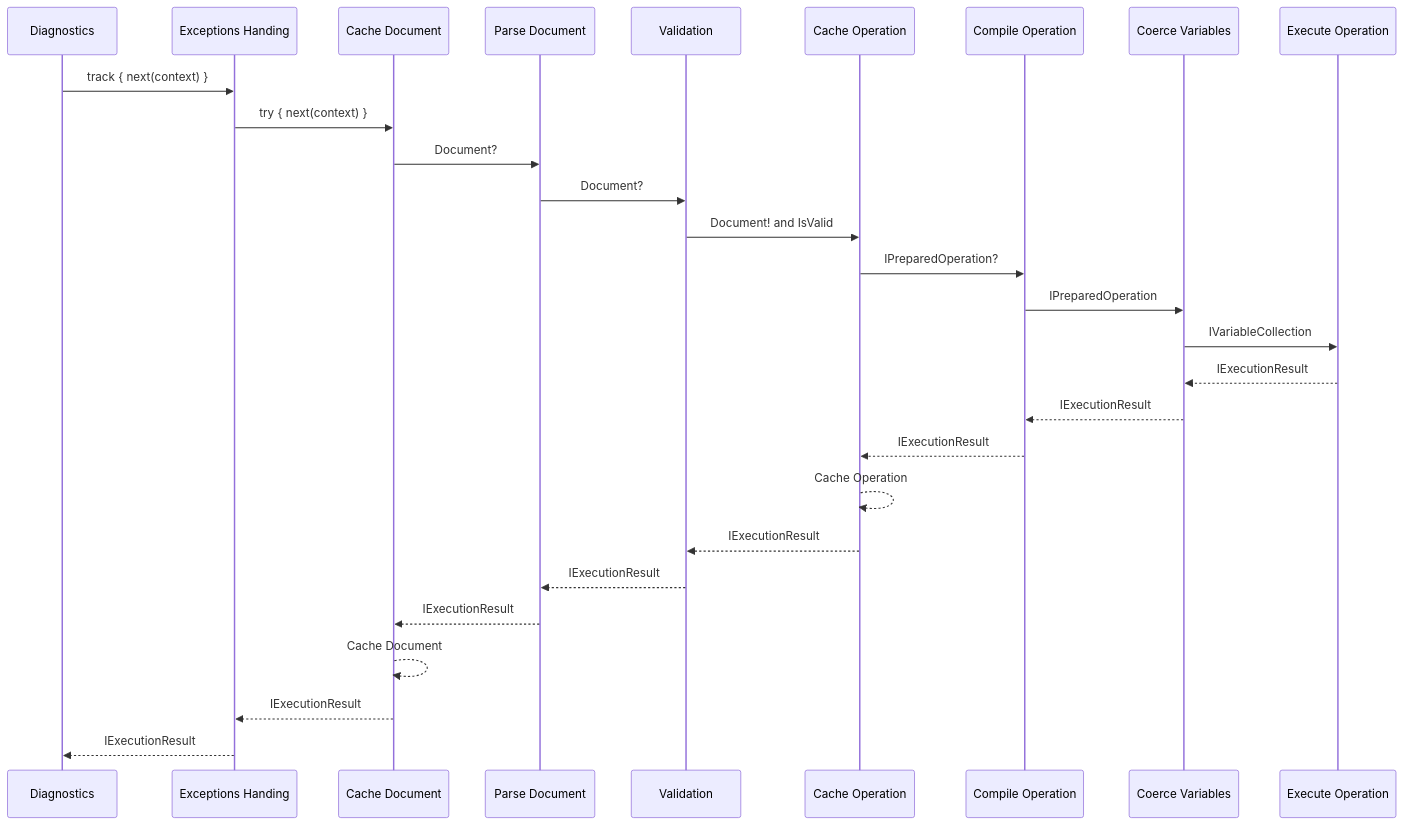
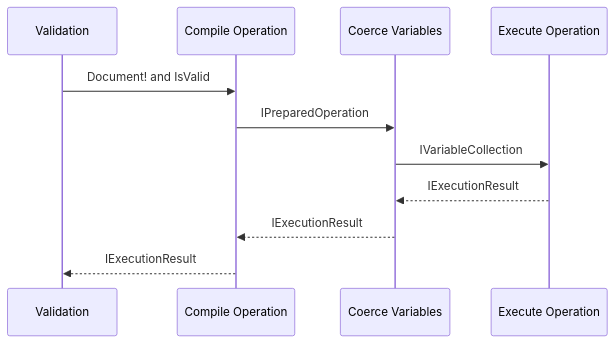
The first of 2 diagrams in website/src/blog/2021-09-27-hot-chocolate-12/2021-09-27-hot-chocolate-12.md (ChilliCream/graphql-platform), drawn with Mermaid before and after one commit. The commit also changed other lines of this file, not shown here.

````diff
--- a/website/src/blog/2021-09-27-hot-chocolate-12/2021-09-27-hot-chocolate-12.md
+++ b/website/src/blog/2021-09-27-hot-chocolate-12/2021-09-27-hot-chocolate-12.md
@@ -18,22 +18,10 @@
 ```mermaid
 sequenceDiagram
-    Diagnostics->>Exceptions Handing: track { next(context) }
-    Exceptions Handing->>Cache Document: try { next(context) }
-    Cache Document->>Parse Document: Document?
-    Parse Document->>Validation: Document?
-    Validation->>Cache Operation: Document! and IsValid
-    Cache Operation->>Compile Operation: IPreparedOperation?
+    Validation->>Compile Operation: Document! and IsValid
     Compile Operation->>Coerce Variables: IPreparedOperation
     Coerce Variables->>Execute Operation: IVariableCollection
 
     Execute Operation-->>Coerce Variables: IExecutionResult
     Coerce Variables-->>Compile Operation: IExecutionResult
-    Compile Operation-->>Cache Operation: IExecutionResult
-    Cache Operation-->>Cache Operation: Cache Operation
-    Cache Operation-->>Validation: IExecutionResult
-    Validation-->>Parse Document: IExecutionResult
-    Parse Document-->>Cache Document: IExecutionResult
-    Cache Document-->>Cache Document: Cache Document
-    Cache Document-->>Exceptions Handing: IExecutionResult
-    Exceptions Handing-->>Diagnostics: IExecutionResult
+    Compile Operation-->>Validation: IExecutionResult
 ```
````
